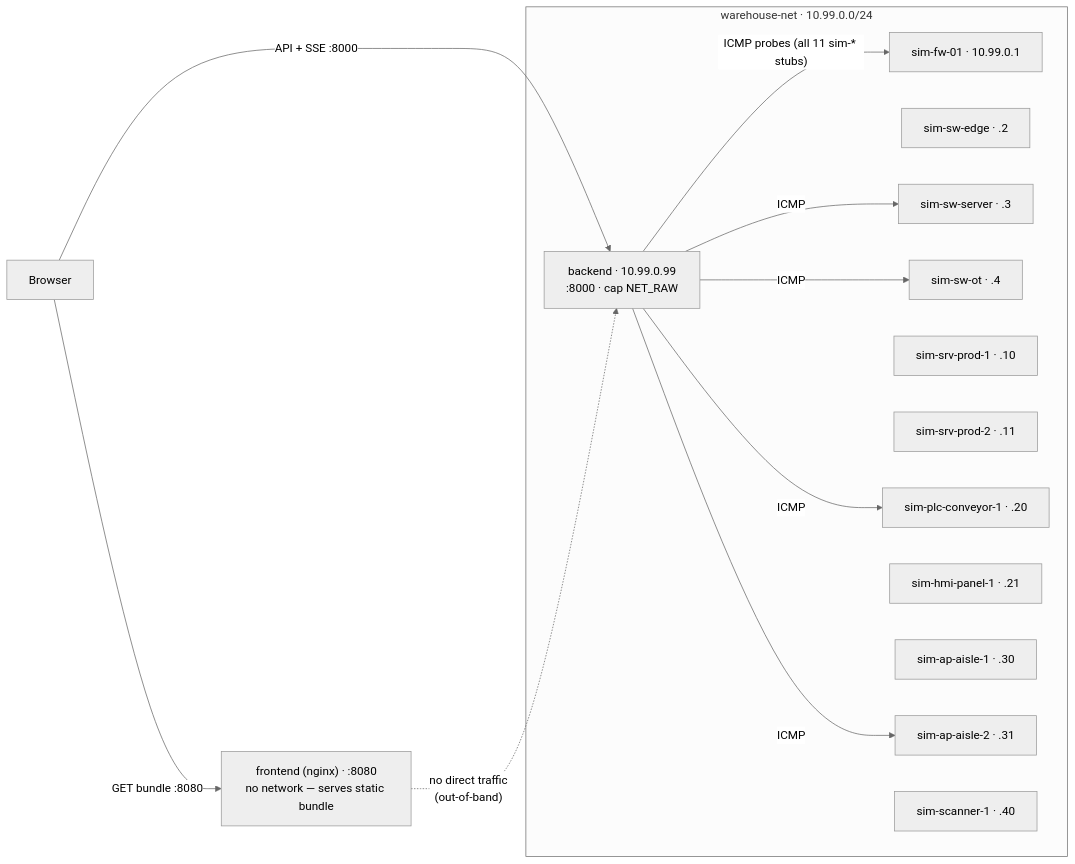
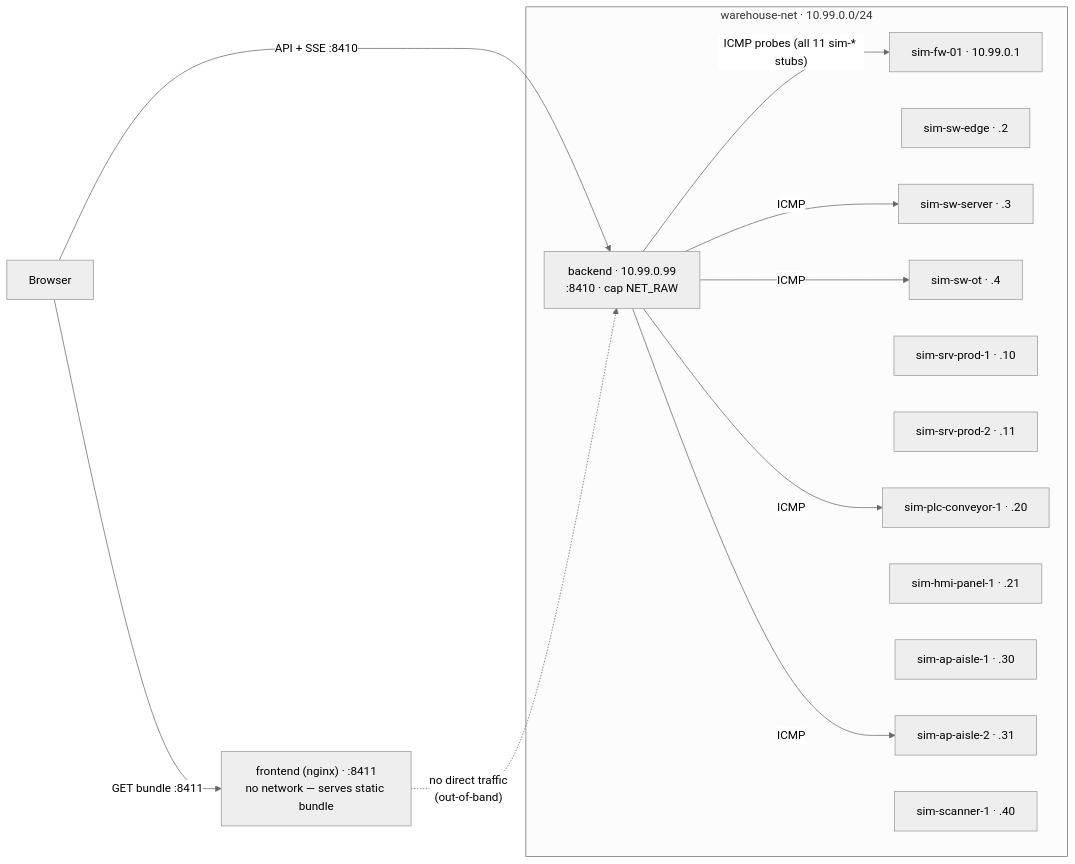
Before and after one commit to dumbL4d/network-analyser: the sixth of 6 diagrams in README.md, drawn with Mermaid (neutral theme). The commit also changed other lines of this file and 10 other files, not shown here.

````diff
--- a/README.md
+++ b/README.md
@@ -281,29 +281,29 @@
 ```mermaid
 flowchart LR
     subgraph warehouse-net["warehouse-net · 10.99.0.0/24"]
         FW["sim-fw-01 · 10.99.0.1"]
         S1["sim-sw-edge · .2"]
         S2["sim-sw-server · .3"]
         S3["sim-sw-ot · .4"]
         S4["sim-srv-prod-1 · .10"]
         S5["sim-srv-prod-2 · .11"]
         S6["sim-plc-conveyor-1 · .20"]
         S7["sim-hmi-panel-1 · .21"]
         S8["sim-ap-aisle-1 · .30"]
         S9["sim-ap-aisle-2 · .31"]
         S10["sim-scanner-1 · .40"]
-        BE["backend · 10.99.0.99<br/>:8000 · cap NET_RAW"]
+        BE["backend · 10.99.0.99<br/>:8410 · cap NET_RAW"]
     end
 
     BR["Browser"]
-    FE["frontend (nginx) · :8080<br/>no network — serves static bundle"]
+    FE["frontend (nginx) · :8411<br/>no network — serves static bundle"]
 
     BE -- "ICMP probes (all 11 sim-* stubs)" --> FW
     BE -- "ICMP" --> S2
     BE -- "ICMP" --> S3
     BE -- "ICMP" --> S6
     BE -- "ICMP" --> S9
-    BR -- "API + SSE :8000" --> BE
-    BR -- "GET bundle :8080" --> FE
+    BR -- "API + SSE :8410" --> BE
+    BR -- "GET bundle :8411" --> FE
     FE -.->|"no direct traffic<br/>(out-of-band)"| BE
 ```
````
